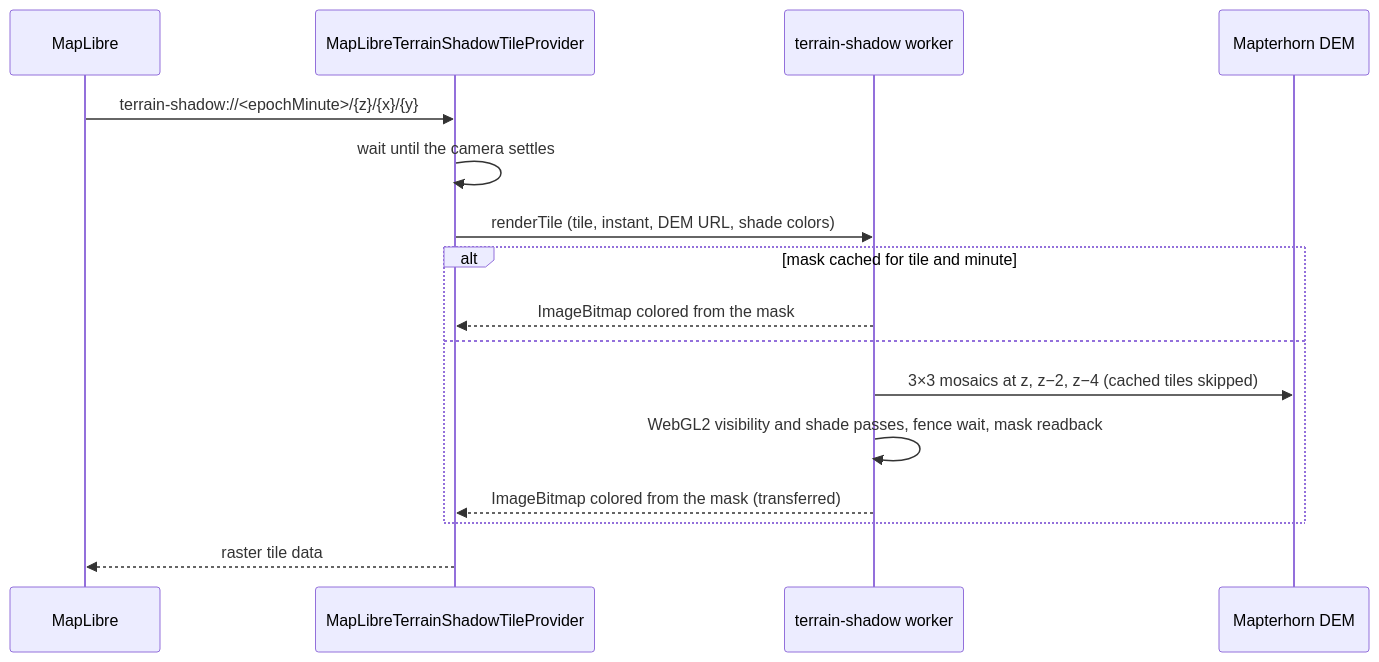
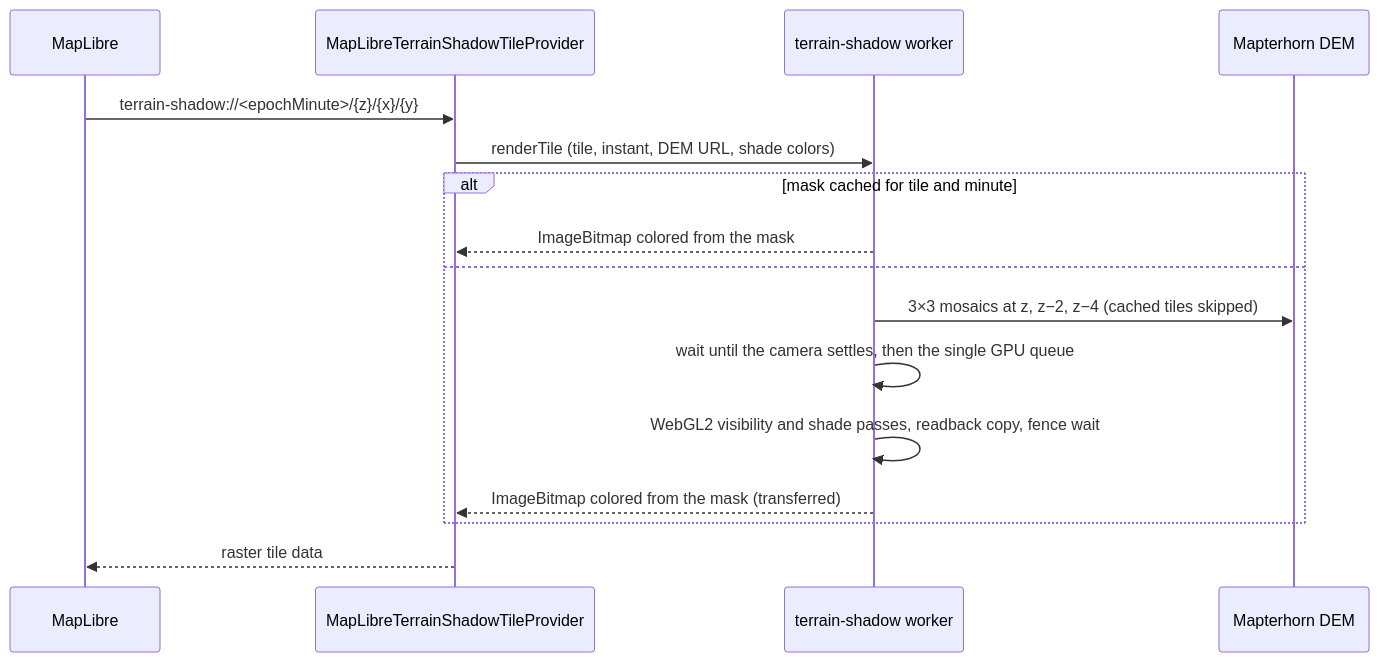
Before and after one commit to bogdandm/georgia-routing-planner: the third of 9 diagrams in docs/runtime-flows.md, drawn with Mermaid. The commit also changed other lines of this file and 3 other files, not shown here.

````diff
--- a/docs/runtime-flows.md
+++ b/docs/runtime-flows.md
@@ -228,18 +228,18 @@
 ```mermaid
 sequenceDiagram
   participant Map as MapLibre
   participant Provider as MapLibreTerrainShadowTileProvider
   participant Worker as terrain-shadow worker
   participant DEM as Mapterhorn DEM
   Map->>Provider: terrain-shadow://<epochMinute>/{z}/{x}/{y}
-  Provider->>Provider: wait until the camera settles
   Provider->>Worker: renderTile (tile, instant, DEM URL, shade colors)
   alt mask cached for tile and minute
     Worker-->>Provider: ImageBitmap colored from the mask
   else
     Worker->>DEM: 3×3 mosaics at z, z−2, z−4 (cached tiles skipped)
-    Worker->>Worker: WebGL2 visibility and shade passes, fence wait, mask readback
+    Worker->>Worker: wait until the camera settles, then the single GPU queue
+    Worker->>Worker: WebGL2 visibility and shade passes, readback copy, fence wait
     Worker-->>Provider: ImageBitmap colored from the mask (transferred)
   end
   Provider-->>Map: raster tile data
 ```
````
